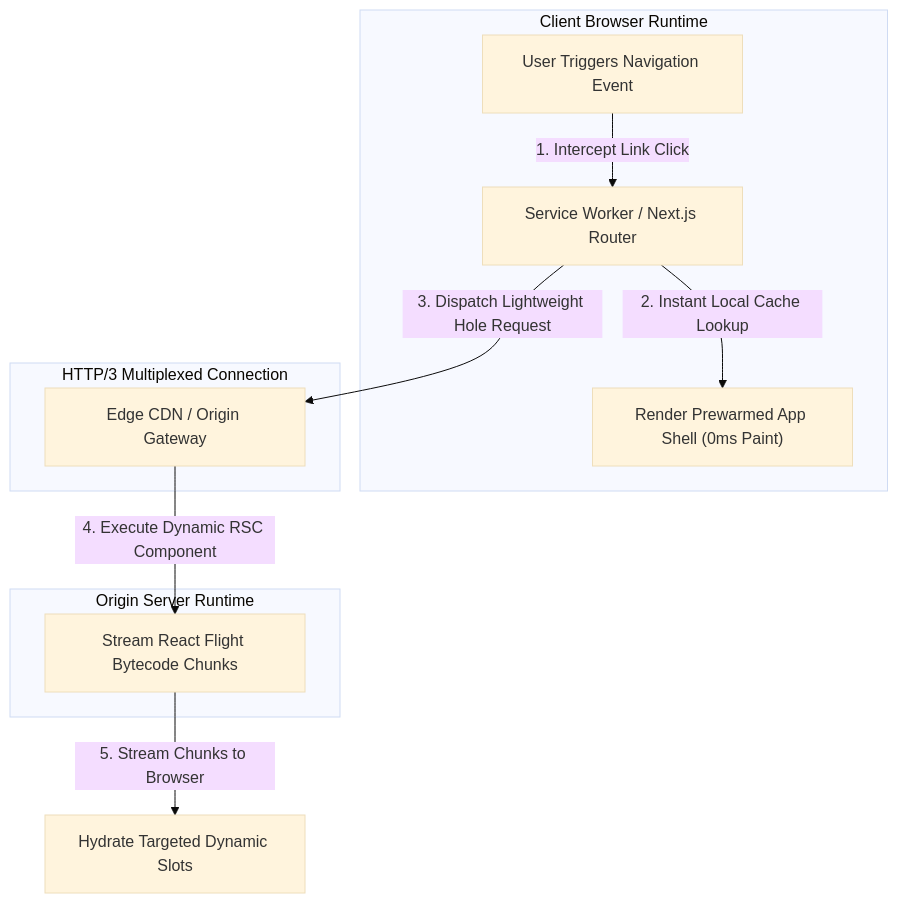
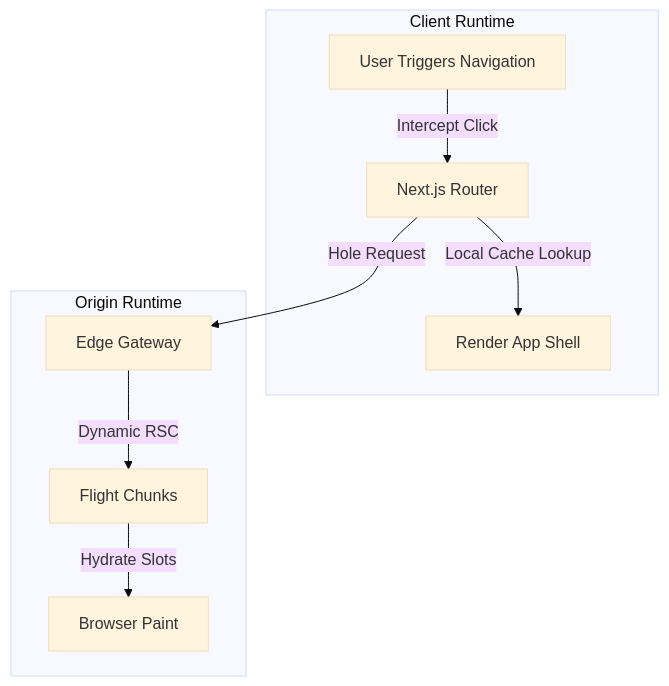
Before and after one commit to akmalkhaniub/akmalkhaniub.github.io: the first of 2 diagrams in .agents/skills/deep-tech-researcher/SKILL.md, drawn with Mermaid (base theme). The commit also changed other lines of this file and 411 other files, not shown here.

````diff
--- a/.agents/skills/deep-tech-researcher/SKILL.md
+++ b/.agents/skills/deep-tech-researcher/SKILL.md
@@ -54,17 +54,13 @@
 ```mermaid
-graph TD
-  subgraph SG1_ClientLifecycle ["Client Browser Runtime"]
-    A["User Triggers Navigation Event"] -->|1. Intercept Link Click| B["Service Worker / Next.js Router"]
-    B -->|2. Instant Local Cache Lookup| C["Render Prewarmed App Shell (0ms Paint)"]
+flowchart TD
+  subgraph SG1_Client ["Client Runtime"]
+    A["User Triggers Navigation"] -->|Intercept Click| B["Next.js Router"]
+    B -->|Local Cache Lookup| C["Render App Shell"]
   end
 
-  subgraph SG2_NetworkFlight ["HTTP/3 Multiplexed Connection"]
-    B -->|3. Dispatch Lightweight Hole Request| D["Edge CDN / Origin Gateway"]
+  subgraph SG2_Origin ["Origin Runtime"]
+    B -->|Hole Request| D["Edge Gateway"]
+    D -->|Dynamic RSC| E["Flight Chunks"]
+    E -->|Hydrate Slots| F["Browser Paint"]
   end
-
-  subgraph SG3_ServerStreaming ["Origin Server Runtime"]
-    D -->|4. Execute Dynamic RSC Component| E["Stream React Flight Bytecode Chunks"]
-  end
-
-  E -->|5. Stream Chunks to Browser| F["Hydrate Targeted Dynamic Slots"]
 ```
````
